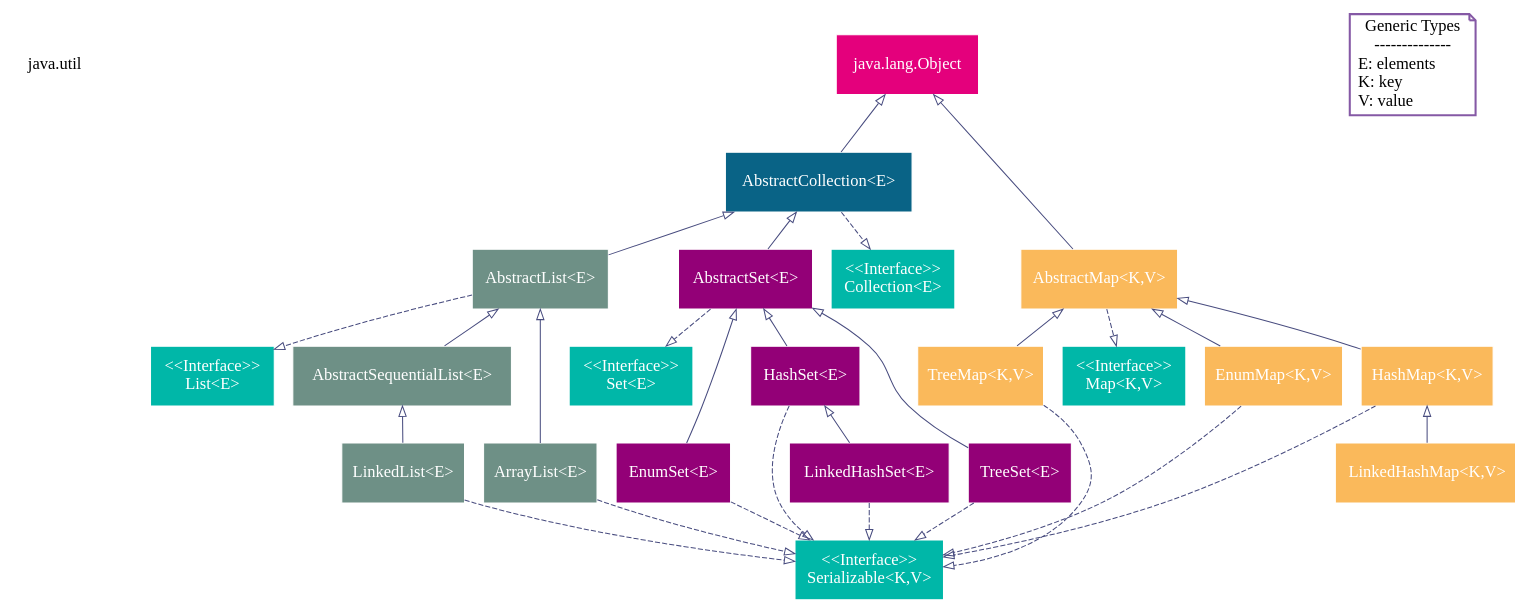
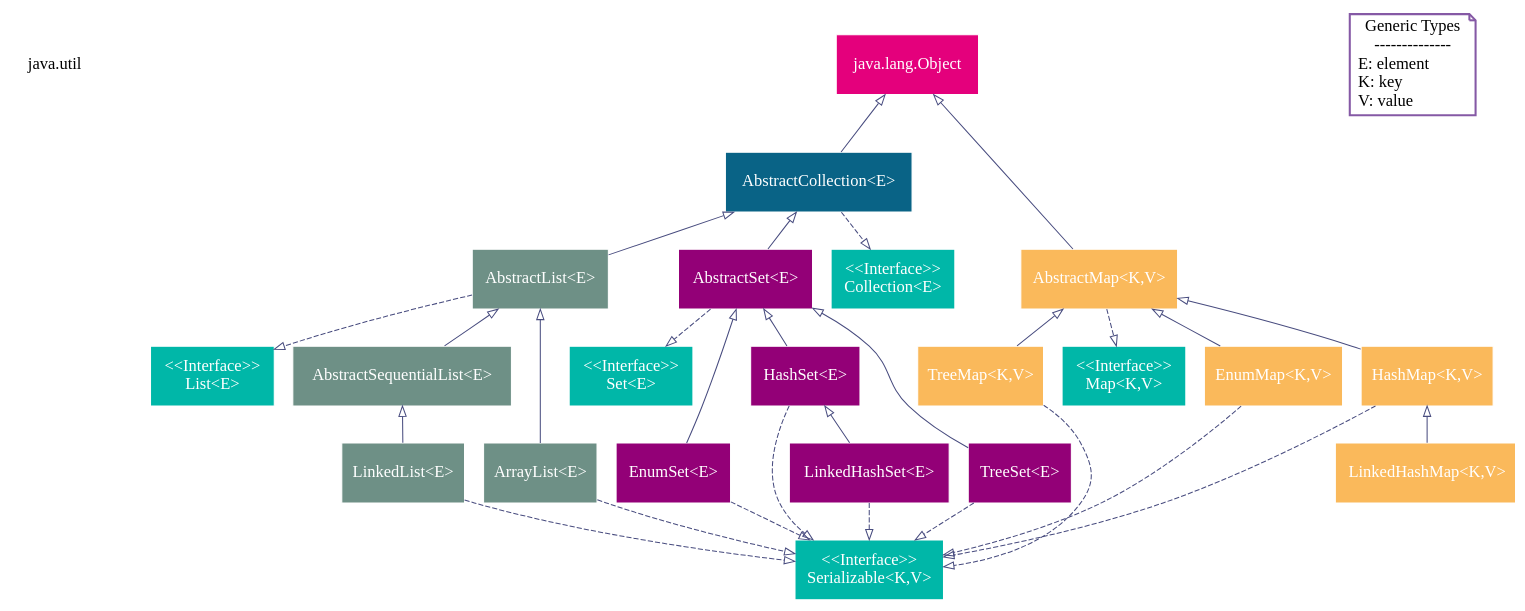
The diagram in static/image/2019/07/java-collections.dot (Jeanhwea/jeanhwea.github.io), drawn with Graphviz before and after one commit. The commit also changed 1 other file, not shown here.

```diff
--- a/static/image/2019/07/java-collections.dot
+++ b/static/image/2019/07/java-collections.dot
@@ -1,116 +1,116 @@
 digraph javaCollection {
   // rankdir=LR;
   size="16"
   // splines=ortho;
   // bgcolor="#f6f6f6"
 
   // notes
   node [
     fontname="Source Code Pro";
     fontsize=16;
   ];
   package [
     shape=plaintext;
     label="java.util";
   ];
   generic_types [
     shape=note;
     color="#8559a5";
     penwidth=2;
-    label="Generic Types\n--------------\nE: elements\lK: key\lV: value\l";
+    label="Generic Types\n--------------\nE: element\lK: key\lV: value\l";
   ];
 
 
   // graph start
   node [
     shape=box;
     style="filled";
     color="#ffffff";
     fontcolor="#ffffff";
     height=0.8;
   ];
 
   edge [
     color="#484c7f"
   ];
 
   node [fillcolor="#e4007c"];
   object [label="java.lang.Object"];
   {rank=same; package; generic_types; object}
   package -> object [style=invis, minlen=40];
   object -> generic_types [style=invis, minlen=20];
 
   // interfaces
   node [fillcolor="#00b7a8"];
   collection [label="\<\<Interface\>\>\nCollection\<E\>"];
   set [label="\<\<Interface\>\>\nSet\<E\>"];
   list [label="\<\<Interface\>\>\nList\<E\>"];
   map [label="\<\<Interface\>\>\nMap\<K,V\>"];
   serializable [label="\<\<Interface\>\>\nSerializable\<K,V\>"];
 
   // classes
   node [fillcolor="#096386"];
   abstract_collection [label="AbstractCollection\<E\>"];
 
   node [fillcolor="#930077"];
   abstract_set [label="AbstractSet\<E\>"];
   enum_set [label="EnumSet\<E\>"];
   hash_set [label="HashSet\<E\>"];
   linked_hash_set [label="LinkedHashSet\<E\>"];
   tree_set [label="TreeSet\<E\>"];
 
   node [fillcolor="#6e9086"];
   abstract_list [label="AbstractList\<E\>"];
   abstract_sequential_list [label="AbstractSequentialList\<E\>"];
   array_list [label="ArrayList\<E\>"];
   linked_list [label="LinkedList\<E\>"];
 
   node [fillcolor="#fab95b"];
   abstract_map [label="AbstractMap\<K,V\>"];
   enum_map [label="EnumMap\<K,V\>"];
   hash_map [label="HashMap\<K,V\>"];
   tree_map [label="TreeMap\<K,V\>"];
   // concurrent_hash_map [label="ConcurrentHashMap\<K,V\>"];
   linked_hash_map [label="LinkedHashMap\<K,V\>"];
 
   edge [dir=back; arrowtail=empty;];
   object -> {abstract_collection, abstract_map};
   abstract_collection -> {abstract_list, abstract_set};
   abstract_set -> {enum_set, hash_set, tree_set};
   hash_set -> linked_hash_set;
   abstract_list -> {array_list, abstract_sequential_list};
   abstract_sequential_list -> linked_list;
   abstract_map -> {enum_map, hash_map, tree_map};
   hash_map -> linked_hash_map;
 
   edge [style=dashed; dir=forward; arrowhead=empty;];
   abstract_collection -> collection;
   abstract_set -> set;
   abstract_list -> list;
   abstract_map -> map;
   {
     linked_list,
     array_list,
     enum_set,
     hash_set,
     linked_hash_set,
     tree_set,
     enum_map,
     hash_map,
     tree_map
   } -> serializable;
 
   {
     rank=same;
     abstract_set; abstract_list; abstract_map;
   }
   edge [style=invis];
   {
     abstract_list -> abstract_set -> abstract_map;
     list -> set -> map;
   }
   {
     rank=same;
     list; set; map;
   }
 }
```
